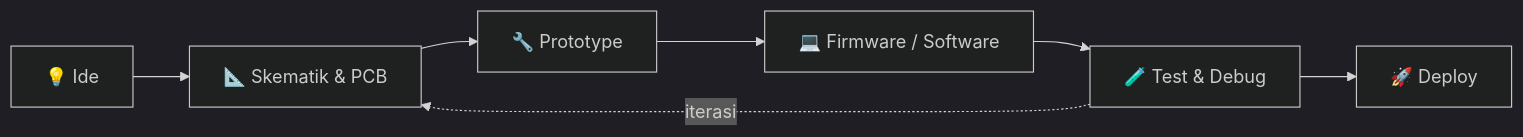
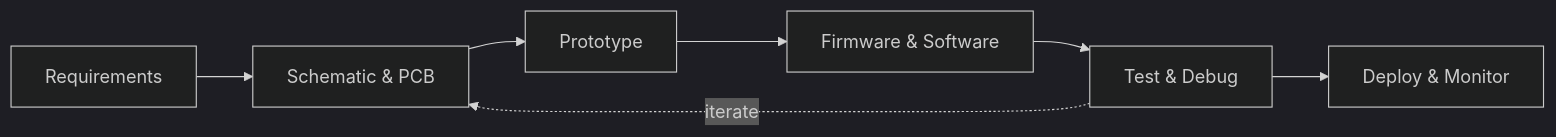
One commit to AdjiAdja/AdjiAdja changed the diagram in README.md. Above: the diagram before and after it, drawn with Mermaid (dark theme). The commit also changed other lines of this file, not shown here.

````diff
--- a/README.md
+++ b/README.md
@@ -110,9 +156,9 @@
 ```mermaid
 flowchart LR
-    A[💡 Ide] --> B[📐 Skematik & PCB]
-    B --> C[🔧 Prototype]
-    C --> D[💻 Firmware / Software]
-    D --> E[🧪 Test & Debug]
-    E --> F[🚀 Deploy]
-    E -. iterasi .-> B
+    A[Requirements] --> B[Schematic & PCB]
+    B --> C[Prototype]
+    C --> D[Firmware & Software]
+    D --> E[Test & Debug]
+    E --> F[Deploy & Monitor]
+    E -. iterate .-> B
 ```
````
